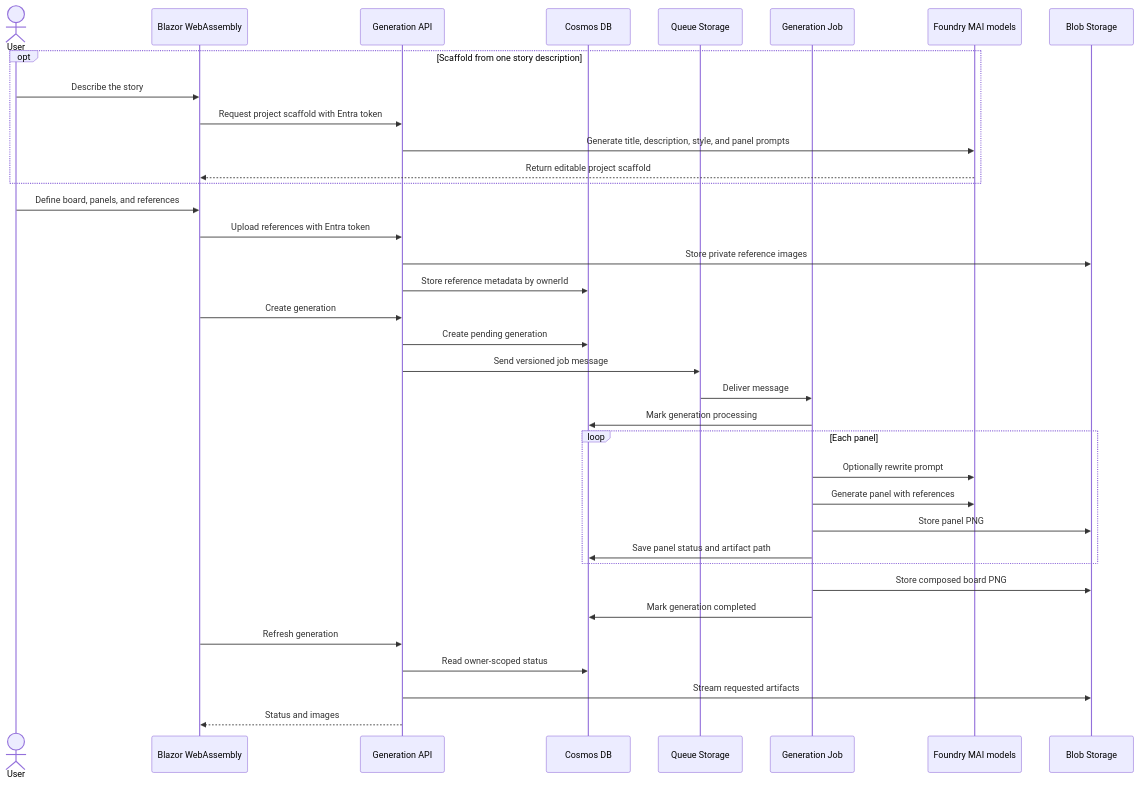
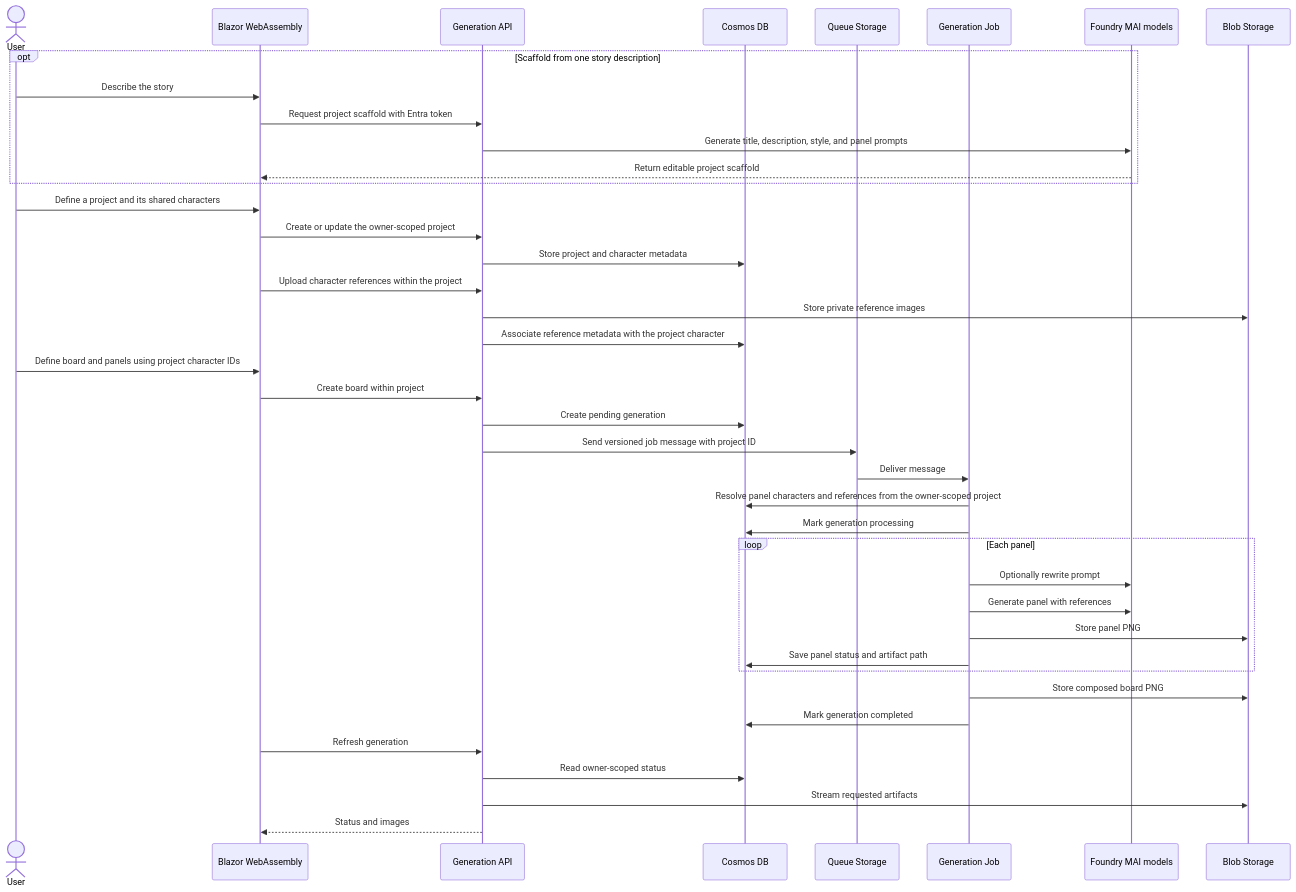
One commit to mathieumack/foundry-comics-mai changed the second of 2 diagrams in docs/architecture.md. Above: the diagram before and after it, drawn with Mermaid. The commit also changed other lines of this file and 20 other files, not shown here.

````diff
--- a/docs/architecture.md
+++ b/docs/architecture.md
@@ -44,38 +44,42 @@
 ```mermaid
 sequenceDiagram
     actor User
     participant Web as Blazor WebAssembly
     participant API as Generation API
     participant DB as Cosmos DB
     participant Queue as Queue Storage
     participant Job as Generation Job
     participant MAI as Foundry MAI models
     participant Blob as Blob Storage
     opt Scaffold from one story description
         User->>Web: Describe the story
         Web->>API: Request project scaffold with Entra token
         API->>MAI: Generate title, description, style, and panel prompts
         MAI-->>Web: Return editable project scaffold
     end
-    User->>Web: Define board, panels, and references
-    Web->>API: Upload references with Entra token
+    User->>Web: Define a project and its shared characters
+    Web->>API: Create or update the owner-scoped project
+    API->>DB: Store project and character metadata
+    Web->>API: Upload character references within the project
     API->>Blob: Store private reference images
-    API->>DB: Store reference metadata by ownerId
-    Web->>API: Create generation
+    API->>DB: Associate reference metadata with the project character
+    User->>Web: Define board and panels using project character IDs
+    Web->>API: Create board within project
     API->>DB: Create pending generation
-    API->>Queue: Send versioned job message
+    API->>Queue: Send versioned job message with project ID
     Queue->>Job: Deliver message
+    Job->>DB: Resolve panel characters and references from the owner-scoped project
     Job->>DB: Mark generation processing
     loop Each panel
         Job->>MAI: Optionally rewrite prompt
         Job->>MAI: Generate panel with references
         Job->>Blob: Store panel PNG
         Job->>DB: Save panel status and artifact path
     end
     Job->>Blob: Store composed board PNG
     Job->>DB: Mark generation completed
     Web->>API: Refresh generation
     API->>DB: Read owner-scoped status
     API->>Blob: Stream requested artifacts
     API-->>Web: Status and images
 ```
````
